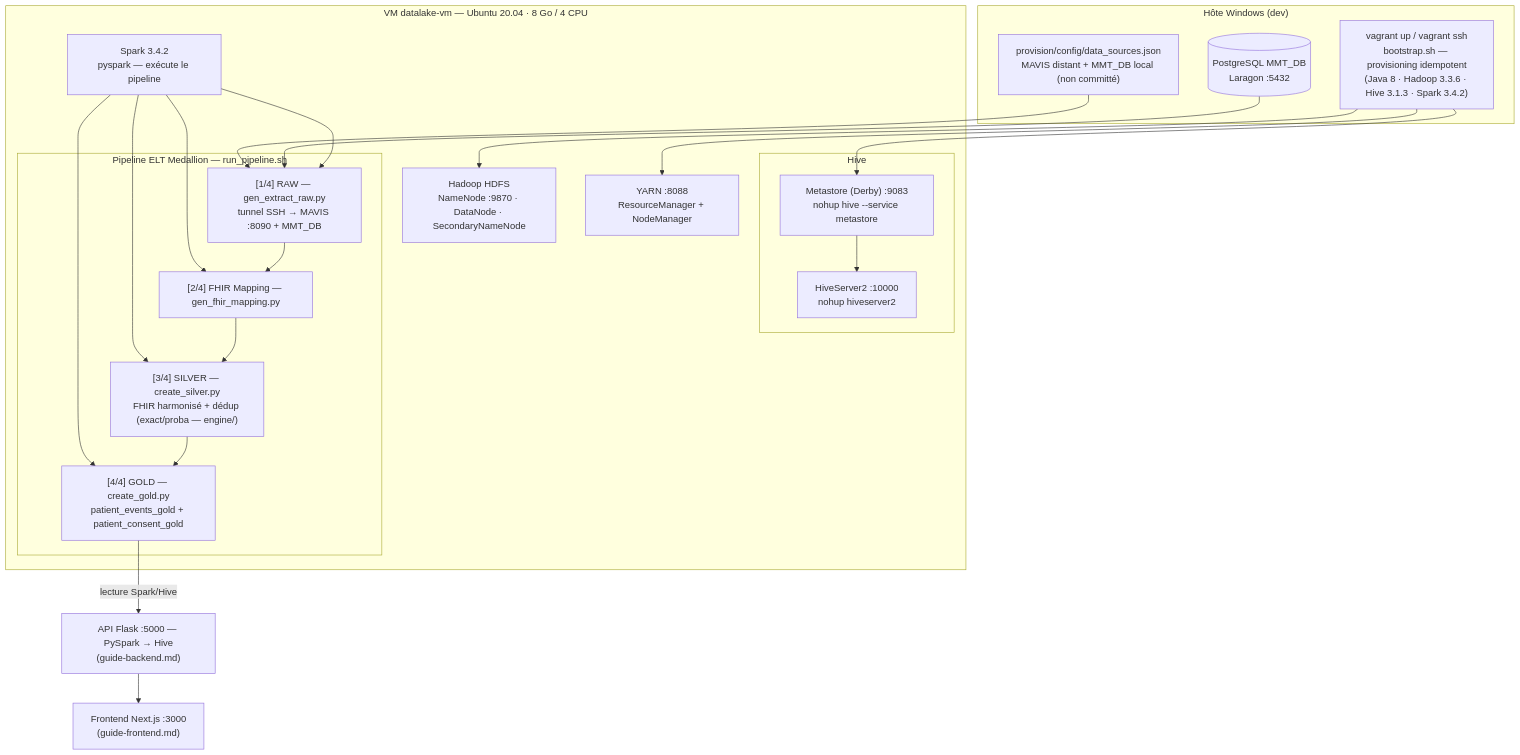
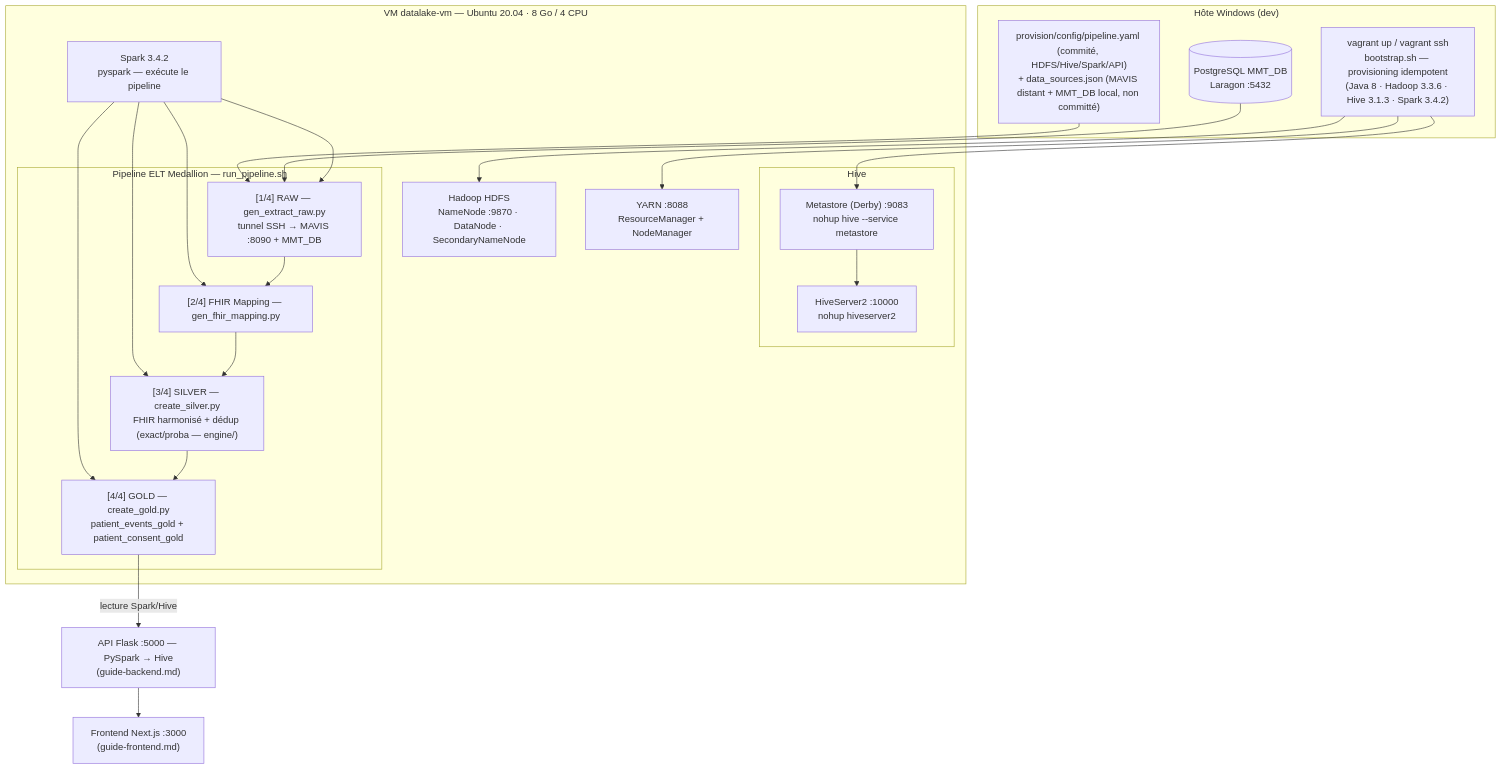
The diagram in GUIDE/guide-vagrant.md (Alphamanjaka/test-big-data), drawn with Mermaid before and after one commit. The commit also changed other lines of this file and 8 other files, not shown here.

````diff
--- a/GUIDE/guide-vagrant.md
+++ b/GUIDE/guide-vagrant.md
@@ -26,41 +26,41 @@
 ```mermaid
 flowchart TB
     subgraph HOST["Hôte Windows (dev)"]
         VG["vagrant up / vagrant ssh<br/>bootstrap.sh — provisioning idempotent<br/>(Java 8 · Hadoop 3.3.6 · Hive 3.1.3 · Spark 3.4.2)"]
-        CFG["provision/config/data_sources.json<br/>MAVIS distant + MMT_DB local (non committé)"]
+        CFG["provision/config/pipeline.yaml (commité, HDFS/Hive/Spark/API)<br/>+ data_sources.json (MAVIS distant + MMT_DB local, non committé)"]
         PG[("PostgreSQL MMT_DB<br/>Laragon :5432")]
     end
 
     subgraph VMX["VM datalake-vm — Ubuntu 20.04 · 8 Go / 4 CPU"]
         HDFS["Hadoop HDFS<br/>NameNode :9870 · DataNode · SecondaryNameNode"]
         YARN["YARN :8088<br/>ResourceManager + NodeManager"]
         SPARK["Spark 3.4.2<br/>pyspark — exécute le pipeline"]
 
         subgraph HIVE["Hive"]
             META["Metastore (Derby) :9083<br/>nohup hive --service metastore"]
             HS2["HiveServer2 :10000<br/>nohup hiveserver2"]
         end
 
         subgraph ELT["Pipeline ELT Medallion — run_pipeline.sh"]
             R1["[1/4] RAW — gen_extract_raw.py<br/>tunnel SSH → MAVIS :8090 + MMT_DB"]
             R2["[2/4] FHIR Mapping — gen_fhir_mapping.py"]
             R3["[3/4] SILVER — create_silver.py<br/>FHIR harmonisé + dédup (exact/proba — engine/)"]
             R4["[4/4] GOLD — create_gold.py<br/>patient_events_gold + patient_consent_gold"]
         end
     end
 
     API["API Flask :5000 — PySpark → Hive<br/>(guide-backend.md)"]
     FRONT["Frontend Next.js :3000<br/>(guide-frontend.md)"]
 
     VG --> HDFS
     VG --> YARN
     VG --> META --> HS2
     CFG --> R1
     PG --> R1
     SPARK --> R1
     SPARK --> R2
     SPARK --> R3
     SPARK --> R4
     R1 --> R2 --> R3 --> R4
     R4 -->|"lecture Spark/Hive"| API --> FRONT
 ```
````
